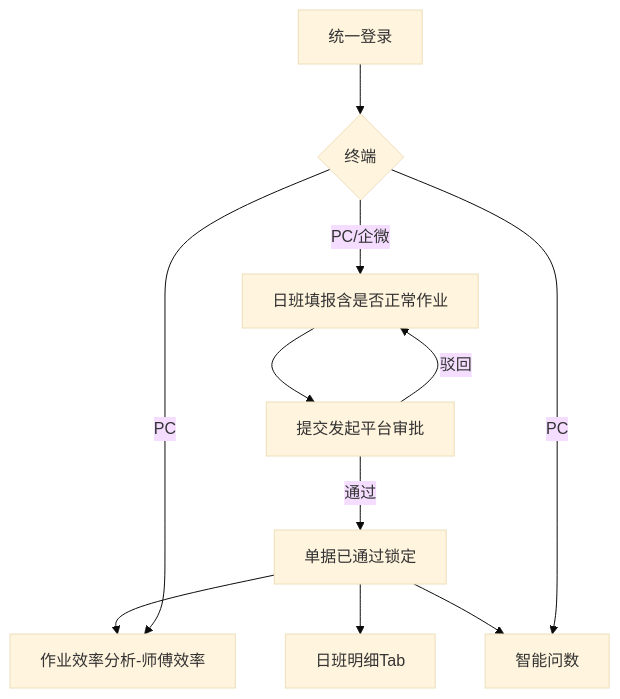
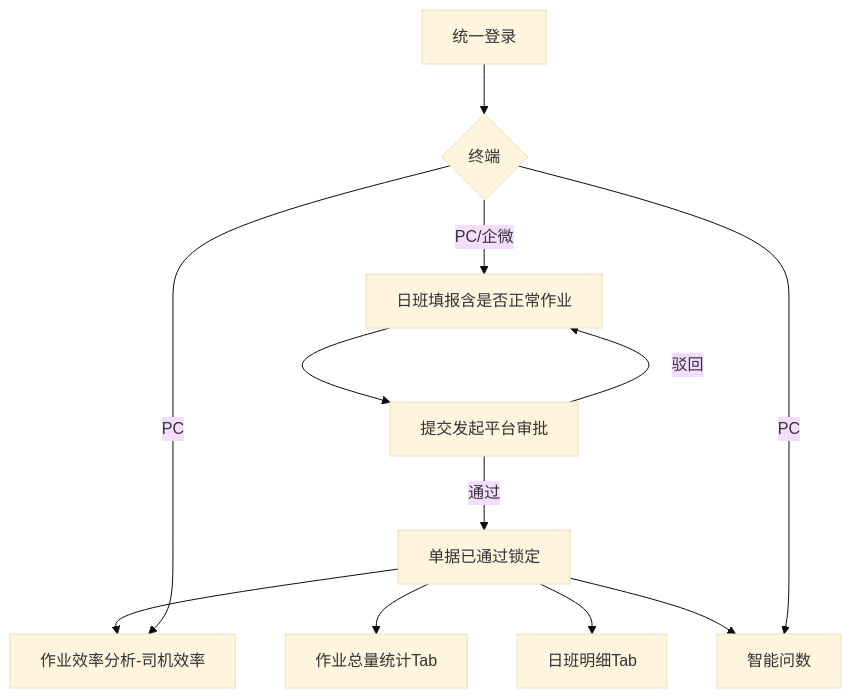
One commit to liaoliao66/TOS changed the first of 6 diagrams in docs/versions/v1.0.0/prd.md. Above: the diagram before and after it, drawn with Mermaid (base theme). The commit also changed other lines of this file and 9 other files, not shown here.

````diff
--- a/docs/versions/v1.0.0/prd.md
+++ b/docs/versions/v1.0.0/prd.md
@@ -130,13 +136,14 @@
 ```mermaid
 flowchart TD
     A[统一登录] --> B{终端}
     B -->|PC/企微| C[日班填报含是否正常作业]
     C --> D[提交发起平台审批]
     D -->|通过| E[单据已通过锁定]
     D -->|驳回| C
-    E --> F[作业效率分析-师傅效率]
-    E --> G[日班明细Tab]
+    E --> F[作业效率分析-司机效率]
+    E --> G[作业总量统计Tab]
+    E --> I[日班明细Tab]
     E --> H[智能问数]
     B -->|PC| F
     B -->|PC| H
 ```
````
